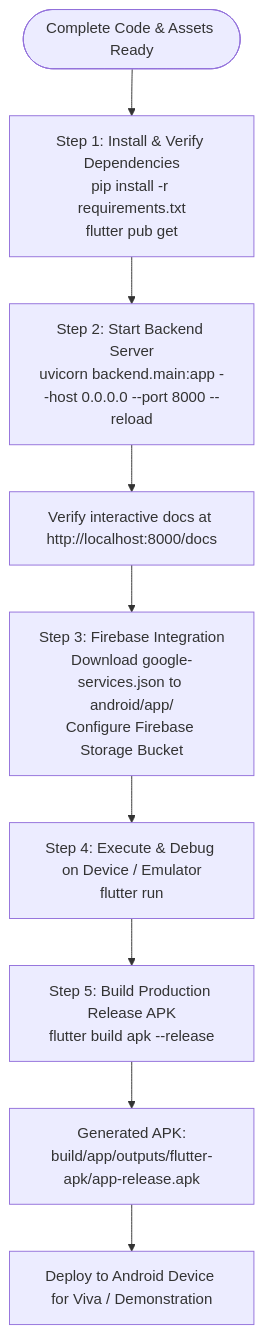
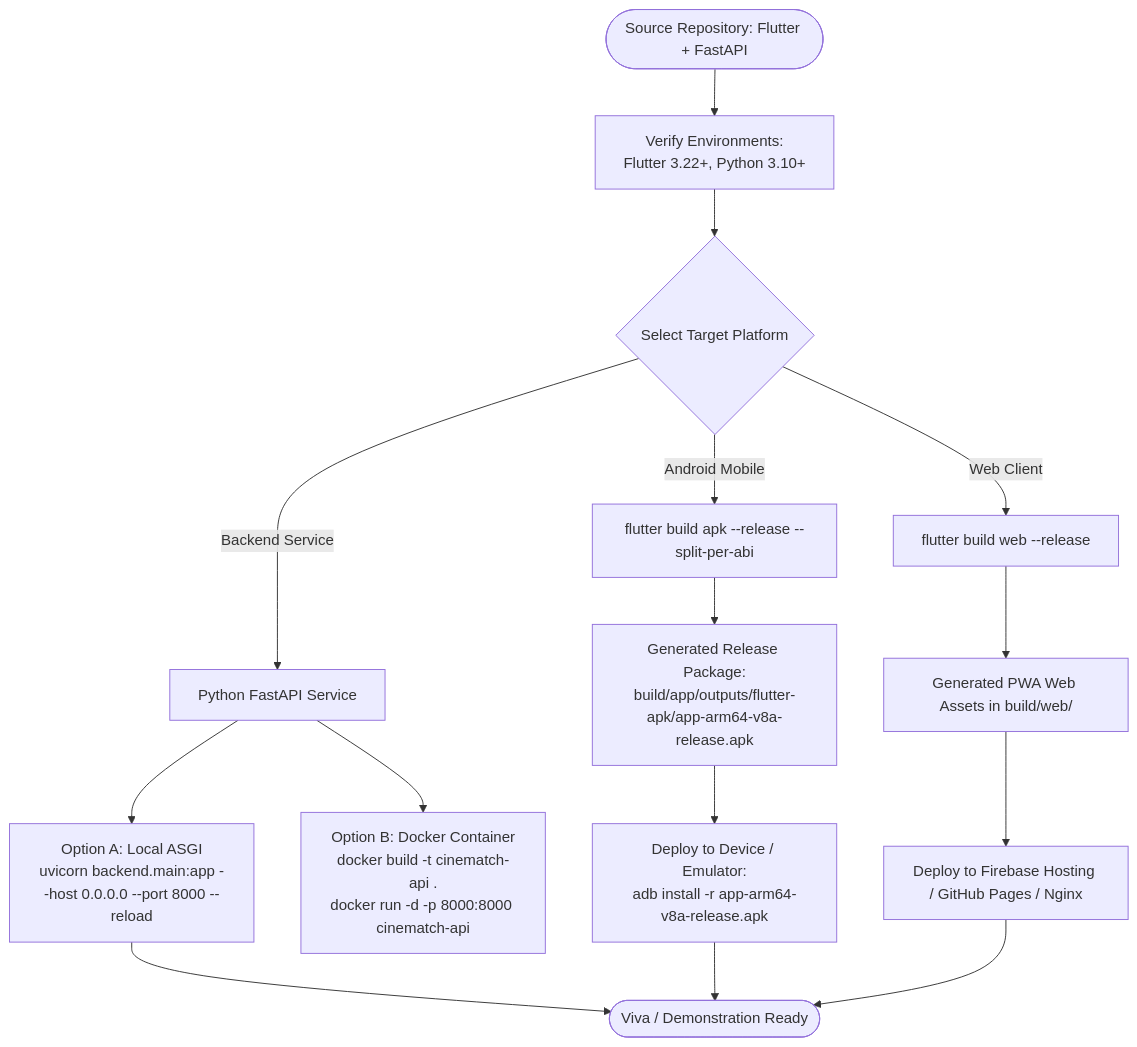
One commit to ivengexnce/cinematch changed the seventh of 7 diagrams in flowchart.md. Above: the diagram before and after it, drawn with Mermaid. The commit also changed other lines of this file and 25 other files, not shown here.

Commit message:
feat: add core app features including API service, screens, models, and UI components

````diff
--- a/flowchart.md
+++ b/flowchart.md
@@ -111,15 +248,25 @@
 ```mermaid
 flowchart TD
-    CodeReady([Complete Code & Assets Ready]) --> Step1["Step 1: Install & Verify Dependencies<br/>pip install -r requirements.txt<br/>flutter pub get"]
-
-    Step1 --> BackendRun["Step 2: Start Backend Server<br/>uvicorn backend.main:app --host 0.0.0.0 --port 8000 --reload"]
-    BackendRun --> VerifySwagger["Verify interactive docs at http://localhost:8000/docs"]
-
-    VerifySwagger --> Step3["Step 3: Firebase Integration<br/>Download google-services.json to android/app/<br/>Configure Firebase Storage Bucket"]
-
-    Step3 --> TestRun["Step 4: Execute & Debug on Device / Emulator<br/>flutter run"]
-
-    TestRun --> BuildRelease["Step 5: Build Production Release APK<br/>flutter build apk --release"]
-    BuildRelease --> OutputAPK["Generated APK:<br/>build/app/outputs/flutter-apk/app-release.apk"]
-    OutputAPK --> DeployDevice["Deploy to Android Device for Viva / Demonstration"]
+    Repo([Source Repository: Flutter + FastAPI]) --> DepCheck["Verify Environments:<br/>Flutter 3.22+, Python 3.10+"]
+    
+    DepCheck --> BranchPaths{"Select Target Platform"}
+    
+    %% Backend Deployment
+    BranchPaths -->|Backend Service| BackendDeploy["Python FastAPI Service"]
+    BackendDeploy --> LocalPy["Option A: Local ASGI<br/>uvicorn backend.main:app --host 0.0.0.0 --port 8000 --reload"]
+    BackendDeploy --> DockerPy["Option B: Docker Container<br/>docker build -t cinematch-api .<br/>docker run -d -p 8000:8000 cinematch-api"]
+    
+    %% Android Release
+    BranchPaths -->|Android Mobile| AndroidBuild["flutter build apk --release --split-per-abi"]
+    AndroidBuild --> OutputAPK["Generated Release Package:<br/>build/app/outputs/flutter-apk/app-arm64-v8a-release.apk"]
+    OutputAPK --> AdbInstall["Deploy to Device / Emulator:<br/>adb install -r app-arm64-v8a-release.apk"]
+    
+    %% Web PWA Release
+    BranchPaths -->|Web Client| WebBuild["flutter build web --release"]
+    WebBuild --> OutputWeb["Generated PWA Web Assets in build/web/"]
+    OutputWeb --> StaticHost["Deploy to Firebase Hosting / GitHub Pages / Nginx"]
+    
+    AdbInstall --> VivaDemo([Viva / Demonstration Ready])
+    StaticHost --> VivaDemo
+    LocalPy --> VivaDemo
 ```
````
